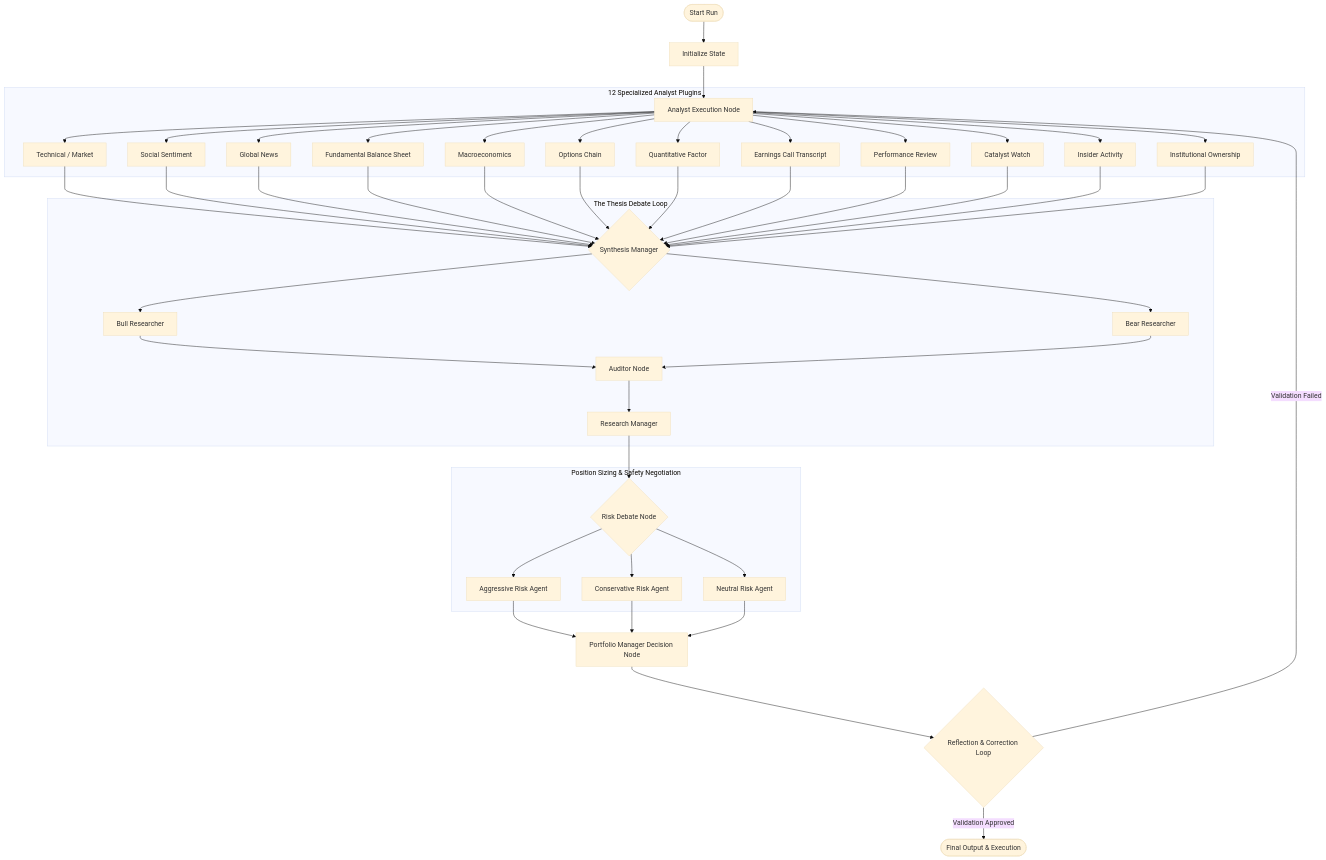
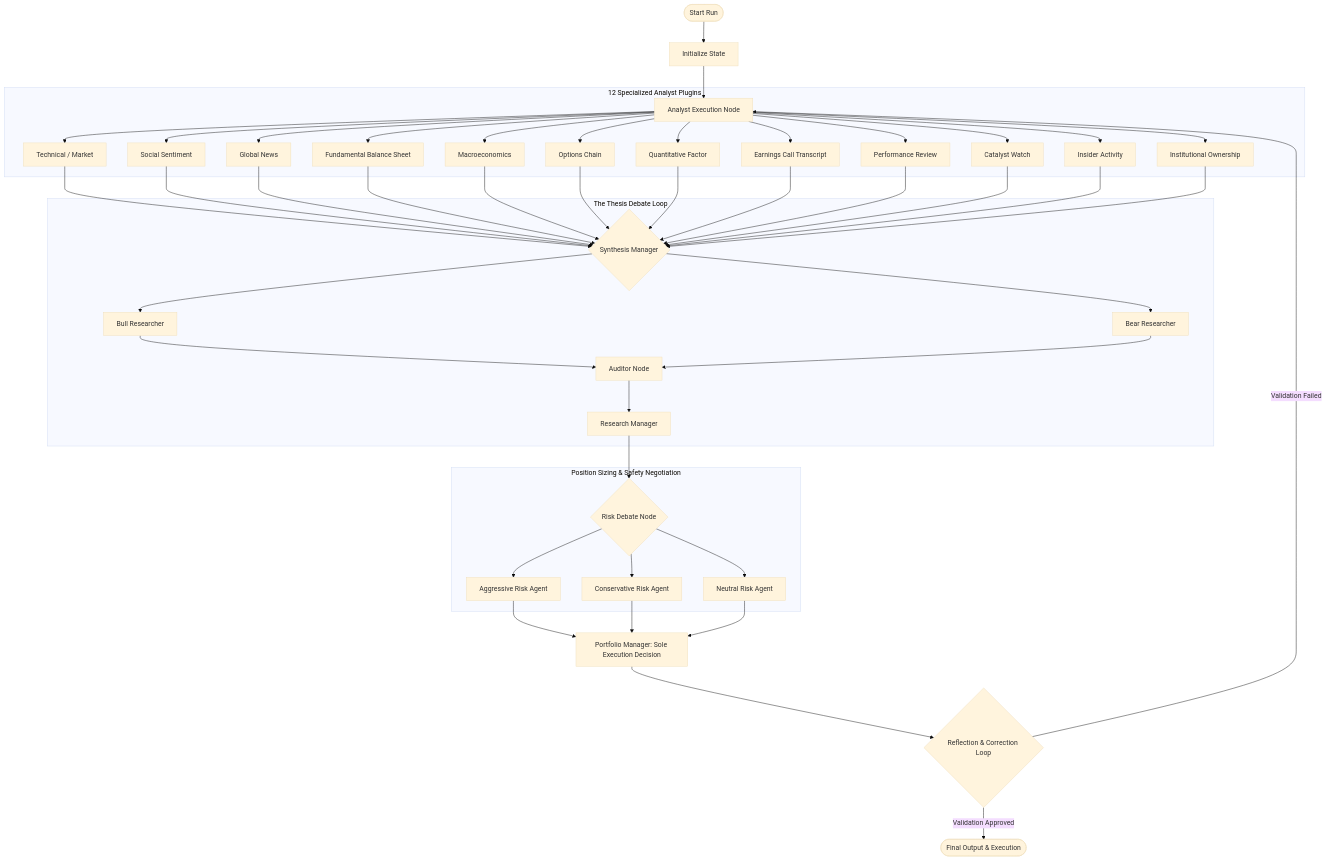
Before and after one commit to JustSadY/TradingAgents: the diagram in backend/trading_agents/README.md, drawn with Mermaid (base theme). The commit also changed other lines of this file and 57 other files, not shown here.

````diff
--- a/backend/trading_agents/README.md
+++ b/backend/trading_agents/README.md
@@ -13,42 +13,42 @@
 ```mermaid
 graph TD
     Start([Start Run]) --> InitState[Initialize State]
     InitState --> AnalystExecution[Analyst Execution Node]
     
     subgraph Analysts [12 Specialized Analyst Plugins]
         AnalystExecution --> A1[Technical / Market]
         AnalystExecution --> A2[Social Sentiment]
         AnalystExecution --> A3[Global News]
         AnalystExecution --> A4[Fundamental Balance Sheet]
         AnalystExecution --> A5[Macroeconomics]
         AnalystExecution --> A6[Options Chain]
         AnalystExecution --> A7[Quantitative Factor]
         AnalystExecution --> A8[Earnings Call Transcript]
         AnalystExecution --> A9[Performance Review]
         AnalystExecution --> A10[Catalyst Watch]
         AnalystExecution --> A11[Insider Activity]
         AnalystExecution --> A12[Institutional Ownership]
     end
     
     A1 & A2 & A3 & A4 & A5 & A6 & A7 & A8 & A9 & A10 & A11 & A12 --> SynthesisManager{Synthesis Manager}
     
     subgraph Debate [The Thesis Debate Loop]
         SynthesisManager --> Bull[Bull Researcher]
         SynthesisManager --> Bear[Bear Researcher]
         Bull & Bear --> Auditor[Auditor Node]
         Auditor --> Judge[Research Manager]
     end
     
     Judge --> RiskDebate{Risk Debate Node}
     
     subgraph Risk [Position Sizing & Safety Negotiation]
         RiskDebate --> RA[Aggressive Risk Agent]
         RiskDebate --> RC[Conservative Risk Agent]
         RiskDebate --> RN[Neutral Risk Agent]
     end
     
-    RA & RC & RN --> FinalExecution[Portfolio Manager Decision Node]
+    RA & RC & RN --> FinalExecution[Portfolio Manager: Sole Execution Decision]
     FinalExecution --> Reflection{Reflection & Correction Loop}
     Reflection -->|Validation Failed| AnalystExecution
     Reflection -->|Validation Approved| EndNode([Final Output & Execution])
 ```
````
